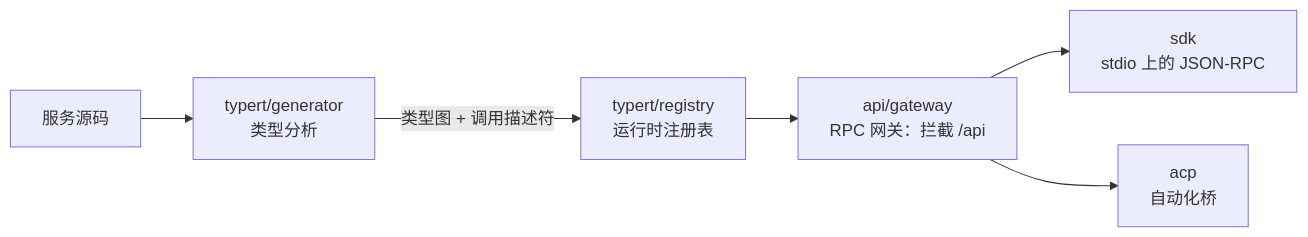
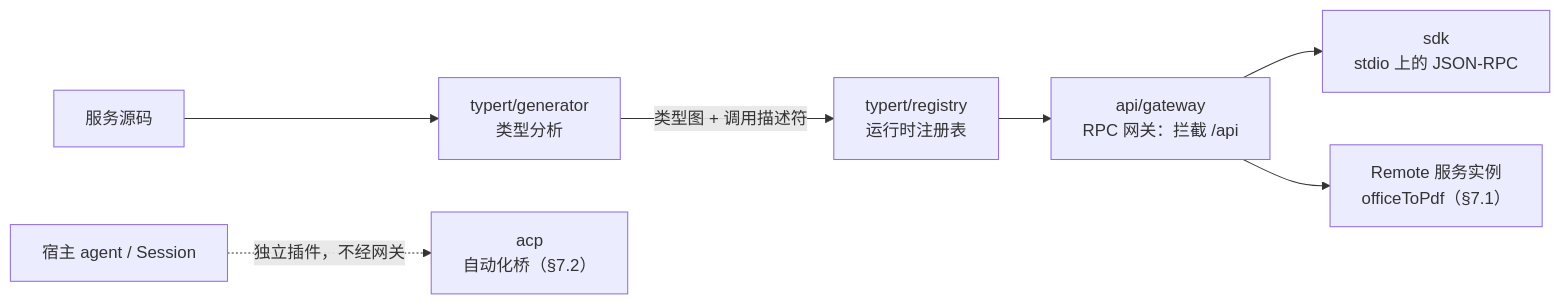
Before and after one commit to ChenYu1991ppak/deepseek-harness-anatomy: the first of 2 diagrams in ch16/ch16-typert-api-sdk_zh.md, drawn with Mermaid. The commit also changed other lines of this file and 124 other files, not shown here.

````diff
--- a/ch16/ch16-typert-api-sdk_zh.md
+++ b/ch16/ch16-typert-api-sdk_zh.md
@@ -54,8 +56,9 @@
 ```mermaid
 flowchart LR
     SRC["服务源码"] --> GEN["typert/generator<br/>类型分析"]
     GEN -->|类型图 + 调用描述符| REG["typert/registry<br/>运行时注册表"]
     REG --> GW["api/gateway<br/>RPC 网关：拦截 /api"]
     GW --> SDK["sdk<br/>stdio 上的 JSON-RPC"]
-    GW --> ACP["acp<br/>自动化桥"]
+    GW --> REM["Remote 服务实例<br/>officeToPdf（§7.1）"]
+    AG["宿主 agent / Session"] -.->|独立插件，不经网关| ACP["acp<br/>自动化桥（§7.2）"]
 ```
````
